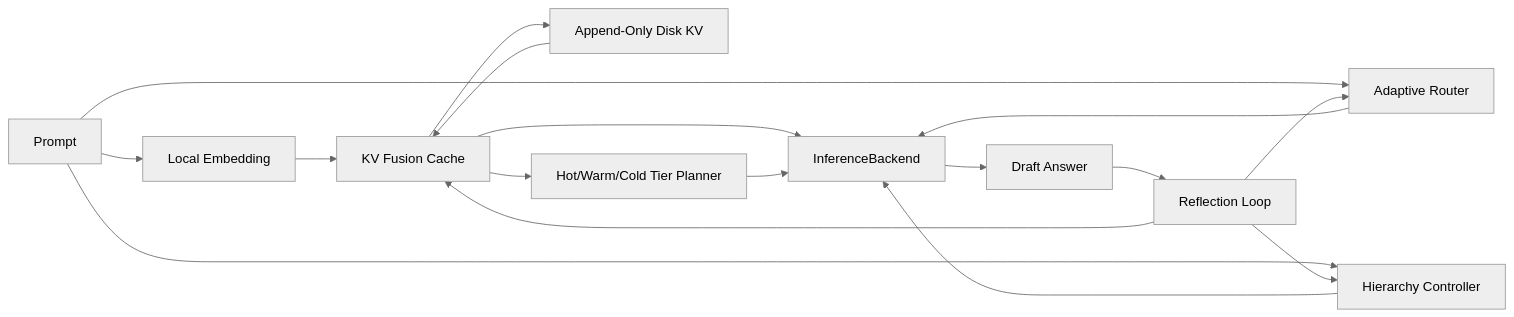
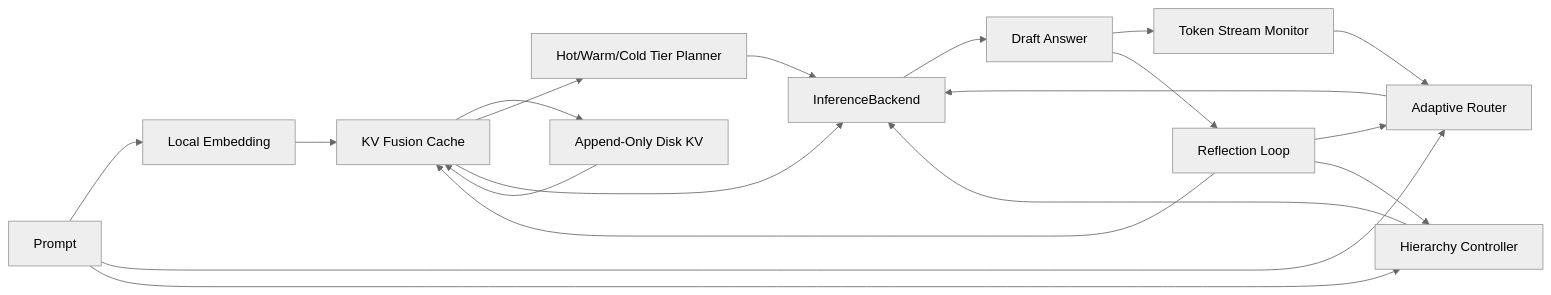
Before and after one commit to yanghao1143/rust-norion: the diagram in README.md, drawn with Mermaid (neutral theme). The commit also changed other lines of this file and 4 other files, not shown here.

Commit message:
Add token stream router feedback

````diff
--- a/README.md
+++ b/README.md
@@ -88,19 +89,21 @@
 ```mermaid
 flowchart LR
     Prompt[Prompt] --> Embed[Local Embedding]
     Embed --> Memory[KV Fusion Cache]
     Memory --> DiskKV[Append-Only Disk KV]
     Memory --> Tiers[Hot/Warm/Cold Tier Planner]
     Prompt --> Router[Adaptive Router]
     Prompt --> Hierarchy[Hierarchy Controller]
     Memory --> Backend[InferenceBackend]
     DiskKV --> Memory
     Tiers --> Backend
     Router --> Backend
     Hierarchy --> Backend
     Backend --> Draft[Draft Answer]
+    Draft --> Stream[Token Stream Monitor]
     Draft --> Reflect[Reflection Loop]
+    Stream --> Router
     Reflect --> Memory
     Reflect --> Router
     Reflect --> Hierarchy
 ```
````
